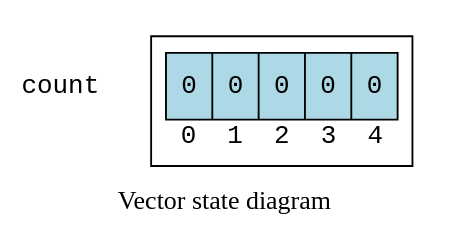
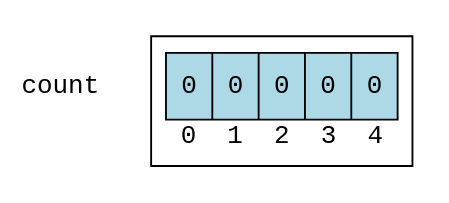
The first of 2 diagrams in src/chapter10/vectors.rst (DaveParillo/cisc192-reader), drawn with Graphviz before and after one commit. The commit also changed other lines of this file and 20 other files, not shown here.

```diff
--- a/src/chapter10/vectors.rst
+++ b/src/chapter10/vectors.rst
@@ -54,29 +54,29 @@
 .. graphviz::
+   :name: fig_vector_state
+   :caption: Vector state diagram
+   :alt: vector state diagram showing indexed elements
    :align: center
-   :alt: Vector state diagram
 
    digraph c {
      rankdir=LR
      nodesep=0
      fontname = "Bitstream Vera Sans"
-     label="Vector state diagram"
      node [
         fontname = "Courier"
         fontsize = 14
         shape = "record"
         style=filled
         fillcolor=lightblue
      ]
      subgraph cluster_0 {
-     label=""
      arr [
         label = "{0|0|0|0|0}"
      ]
      node [ shape=plain]
      idx [style="", 
         label = "0  1  2  3  4"
      ]
      }
      count [shape=plain, style=""]
      count->arr [style=invis]
    }
```
